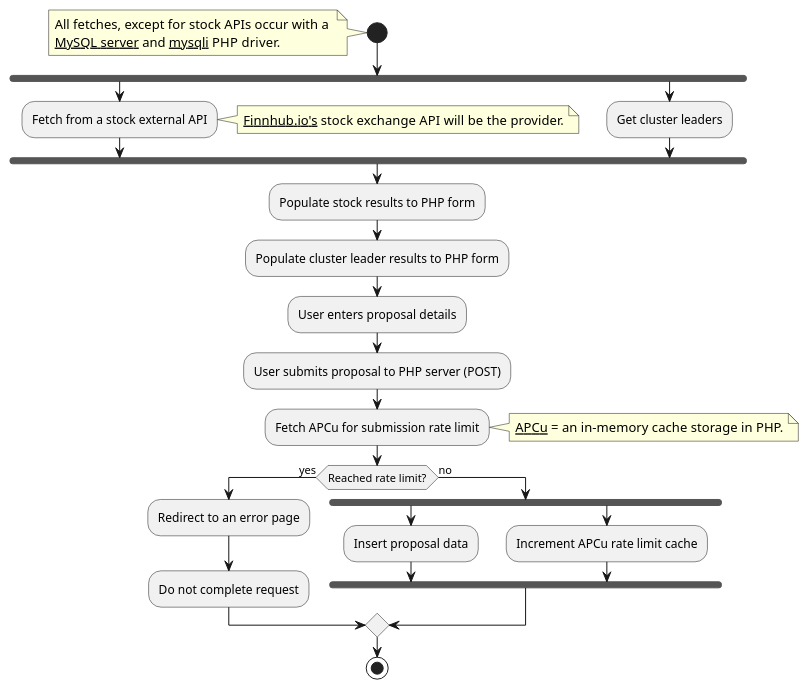
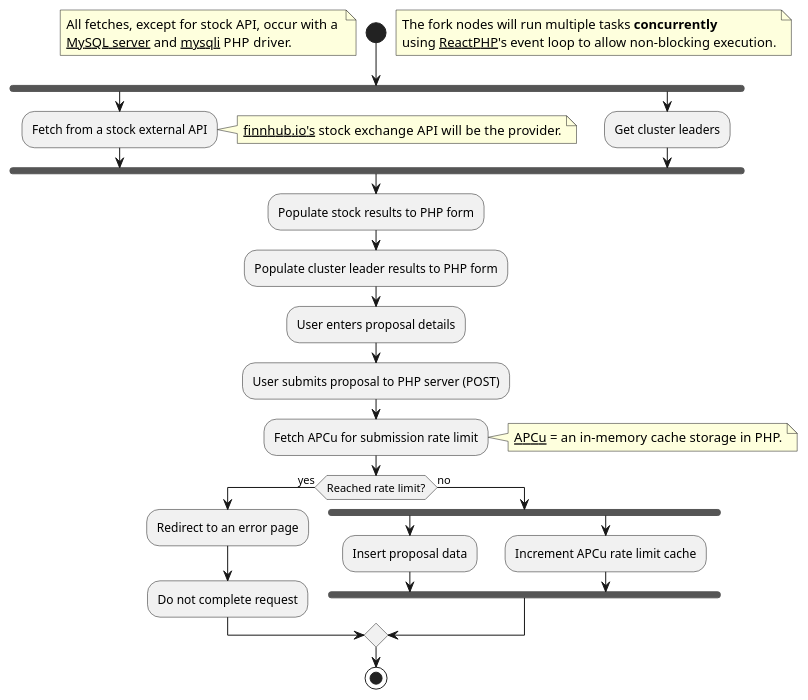
The diagram in software-design/Architecture.md (mystocks-africa/bycig-mkt), drawn with PlantUML before and after one commit. The commit also changed other lines of this file, not shown here.

Commit message:
update uml activity diagram

````diff
--- a/software-design/Architecture.md
+++ b/software-design/Architecture.md
@@ -8,39 +8,47 @@
 ```plantuml
 @startuml
 
 start
 note left
-  All fetches, except for stock APIs occur with a 
+  All fetches, except for stock API, occur with a 
   <u>MySQL server</u> and <u>mysqli</u> PHP driver.
 end note
+
+' Note about the fork (placed immediately before it)
+note right
+  The fork nodes will run multiple tasks <b>concurrently</b>
+  using <u>ReactPHP</u>'s event loop to allow non-blocking execution.
+end note
+
 fork
     :Fetch from a stock external API;
     note right
-        <u>Finnhub.io's</u> stock exchange API will be the provider.
+        <u>finnhub.io's</u> stock exchange API will be the provider.
     end note
 fork again
     :Get cluster leaders;
 end fork
+
 :Populate stock results to PHP form;
 :Populate cluster leader results to PHP form;
 :User enters proposal details;
 :User submits proposal to PHP server (POST);
 :Fetch APCu for submission rate limit;
 
 note right
   <u>APCu</u> = an in-memory cache storage in PHP.
 end note
 
 if (Reached rate limit?) then (yes)
     :Redirect to an error page;
     :Do not complete request;
 else (no)
     fork
         :Insert proposal data;
     fork again
         :Increment APCu rate limit cache;
     end fork
 endif
 stop
 @enduml
 ```
````
